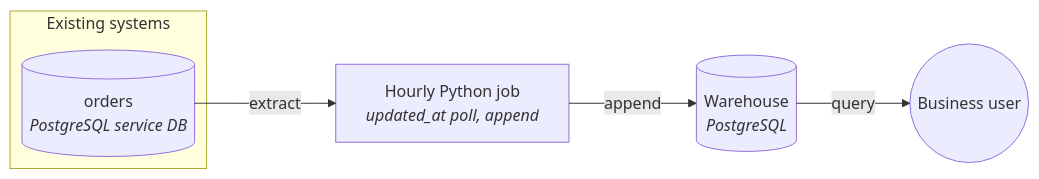
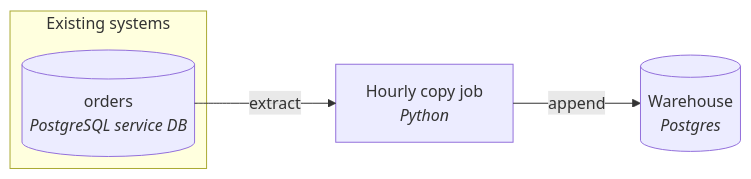
One commit to si1verwind17/data-engineering-skills changed the diagram in demo/2-ingestion/docs/data-platform/current-platform.md. Above: the diagram before and after it, drawn with Mermaid. The commit also changed other lines of this file and 3 other files, not shown here.

````diff
--- a/demo/2-ingestion/docs/data-platform/current-platform.md
+++ b/demo/2-ingestion/docs/data-platform/current-platform.md
@@ -7,14 +7,13 @@
 ```mermaid
 ---
 config:
   layout: elk
 ---
 flowchart LR
   subgraph existing[Existing systems]
     svc[("orders<br/><i>PostgreSQL service DB</i>")]
   end
-  job["Hourly Python job<br/><i>updated_at poll, append</i>"]
-  wh[("Warehouse<br/><i>PostgreSQL</i>")]
-  user((Business user))
-  svc -- extract --> job -- append --> wh -- query --> user
+  job["Hourly copy job<br/><i>Python</i>"]
+  wh[("Warehouse<br/><i>Postgres</i>")]
+  svc -- extract --> job -- append --> wh
 ```
````
